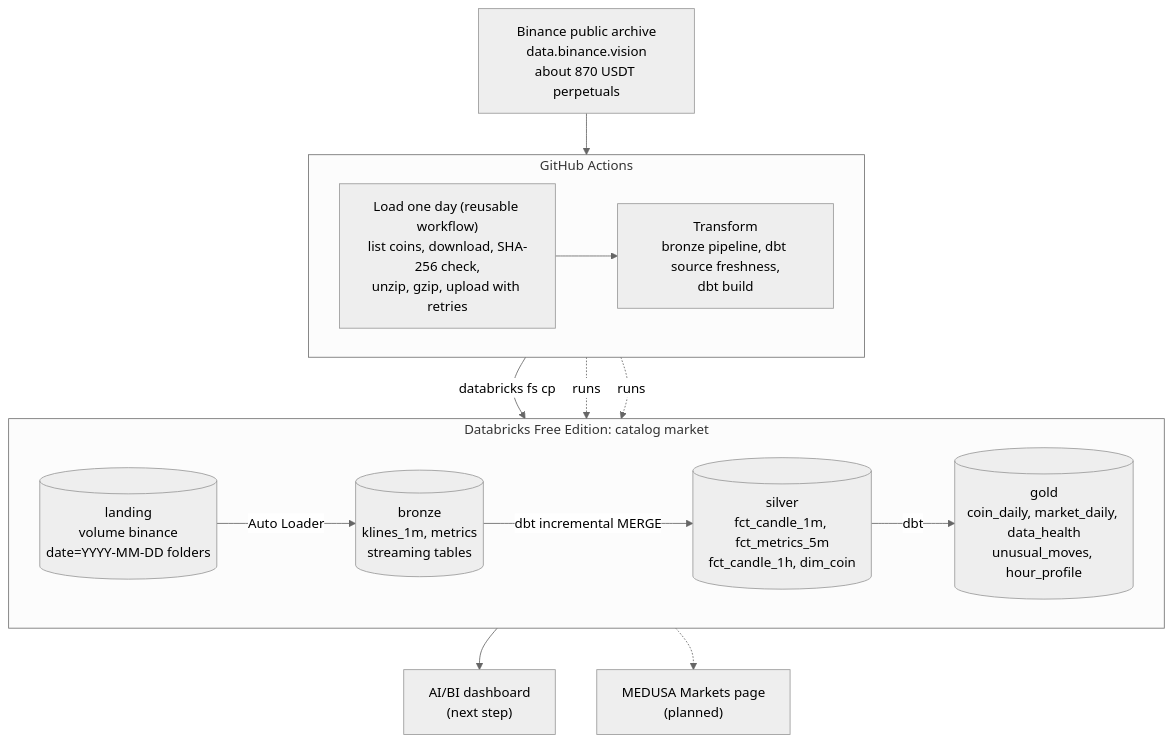
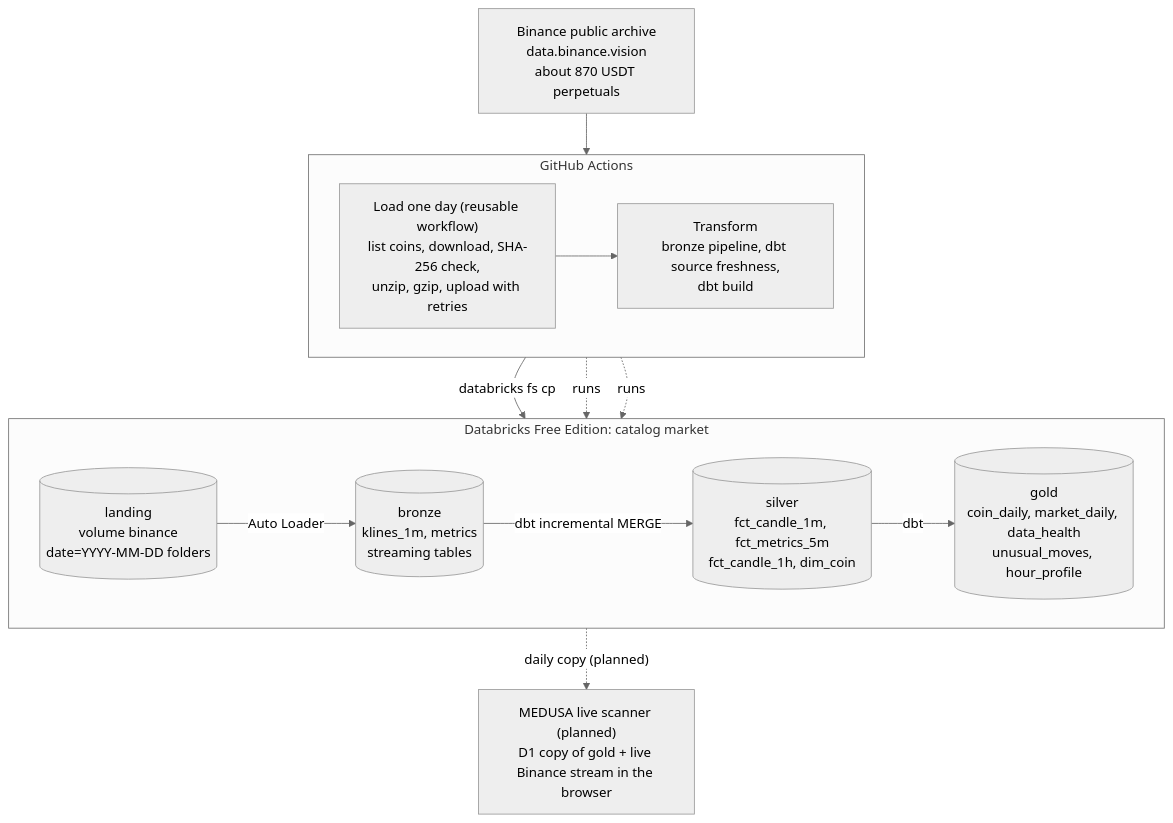
Before and after one commit to shivam65-sketch/medusa: the diagram in docs/diagrams/lakehouse-flow.mmd, drawn with Mermaid. The commit also changed 11 other files, not shown here.

Commit message:
Docs: step 18 (active coins), ADR-018, updated diagrams; live scanner replaces the dashboard plan

```diff
--- a/docs/diagrams/lakehouse-flow.mmd
+++ b/docs/diagrams/lakehouse-flow.mmd
@@ -1,25 +1,24 @@
 %%{init: {"theme": "neutral"}}%%
 flowchart TB
   BIN["Binance public archive<br>data.binance.vision<br>about 870 USDT perpetuals"]
   subgraph GH["GitHub Actions"]
     direction LR
     LD["Load one day (reusable workflow)<br>list coins, download, SHA-256 check,<br>unzip, gzip, upload with retries"]
     TR["Transform<br>bronze pipeline, dbt source freshness,<br>dbt build"]
     LD --> TR
   end
   subgraph DBX["Databricks Free Edition: catalog market"]
     direction LR
     L[("landing<br>volume binance<br>date=YYYY-MM-DD folders")]
     BR[("bronze<br>klines_1m, metrics<br>streaming tables")]
     SI[("silver<br>fct_candle_1m, fct_metrics_5m<br>fct_candle_1h, dim_coin")]
     GO[("gold<br>coin_daily, market_daily, data_health<br>unusual_moves, hour_profile")]
     L -->|"Auto Loader"| BR
     BR -->|"dbt incremental MERGE"| SI
     SI -->|"dbt"| GO
   end
   BIN --> LD
   LD -->|"databricks fs cp"| L
   TR -.->|"runs"| BR
   TR -.->|"runs"| SI
-  GO --> DASH["AI/BI dashboard<br>(next step)"]
-  GO -.-> WEB["MEDUSA Markets page<br>(planned)"]
+  GO -.->|"daily copy (planned)"| WEB["MEDUSA live scanner (planned)<br>D1 copy of gold + live Binance stream in the browser"]
```
